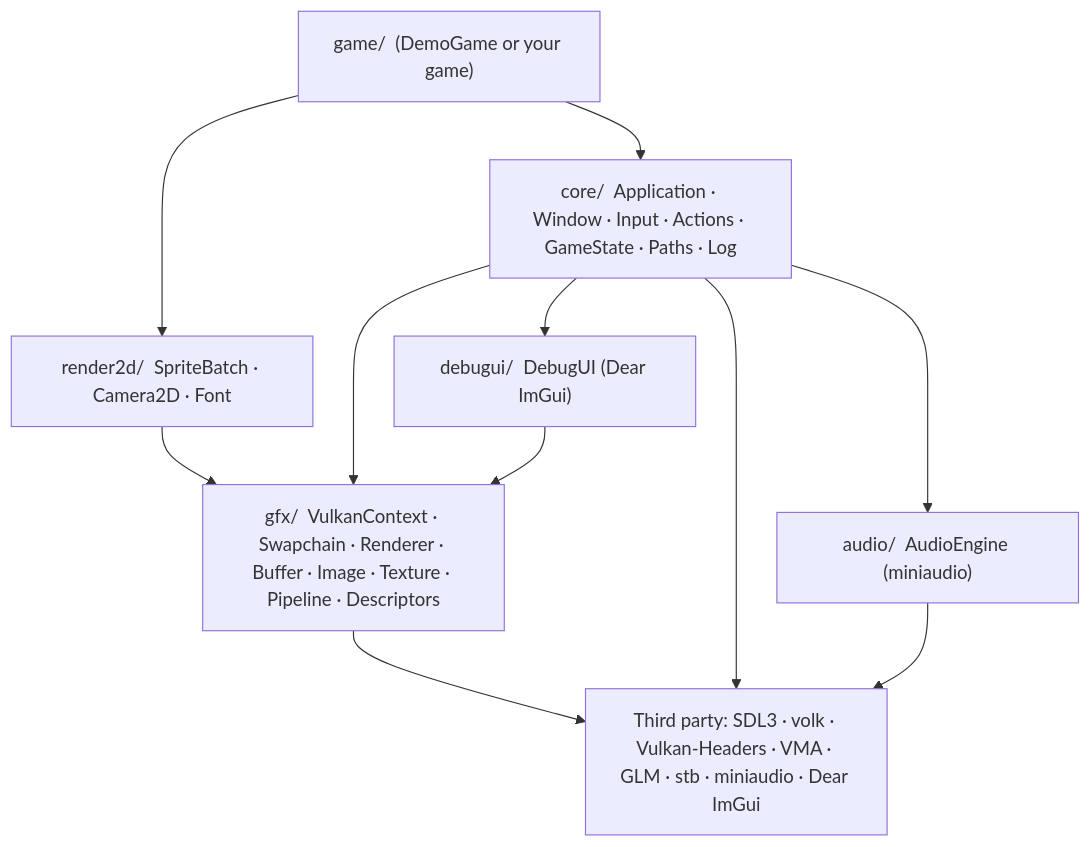
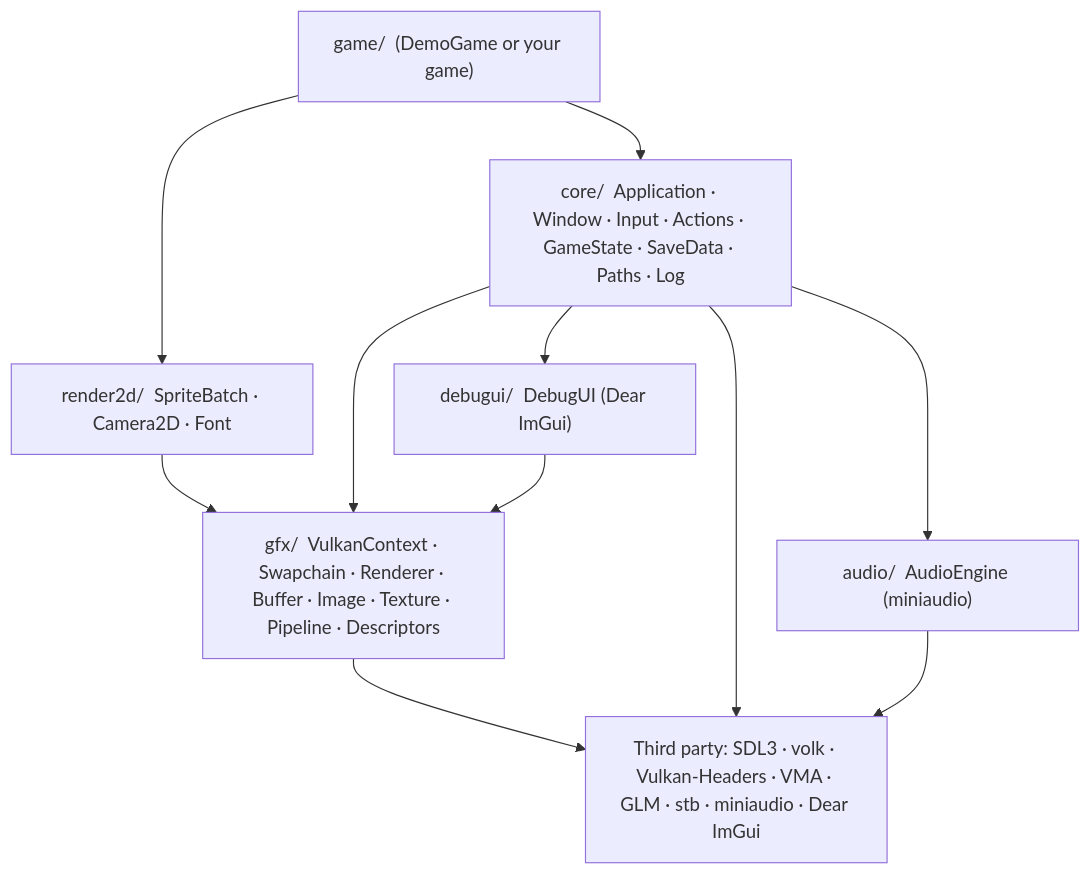
One commit to Chuck5ta/2DBaseFramework changed the first of 10 diagrams in docs/ARCHITECTURE.md. Above: the diagram before and after it, drawn with Mermaid. The commit also changed other lines of this file and 14 other files, not shown here.

````diff
--- a/docs/ARCHITECTURE.md
+++ b/docs/ARCHITECTURE.md
@@ -33,21 +33,21 @@
 ```mermaid
 flowchart TD
     game["game/  (DemoGame or your game)"]
     r2d["render2d/  SpriteBatch · Camera2D · Font"]
-    core["core/  Application · Window · Input · Actions · GameState · Paths · Log"]
+    core["core/  Application · Window · Input · Actions · GameState · SaveData · Paths · Log"]
     aud["audio/  AudioEngine (miniaudio)"]
     dbg["debugui/  DebugUI (Dear ImGui)"]
     gfx["gfx/  VulkanContext · Swapchain · Renderer · Buffer · Image · Texture · Pipeline · Descriptors"]
     third["Third party: SDL3 · volk · Vulkan-Headers · VMA · GLM · stb · miniaudio · Dear ImGui"]
 
     game --> r2d
     game --> core
     r2d --> gfx
     core --> gfx
     core --> aud
     core --> dbg
     dbg --> gfx
     gfx --> third
     core --> third
     aud --> third
 ```
````
